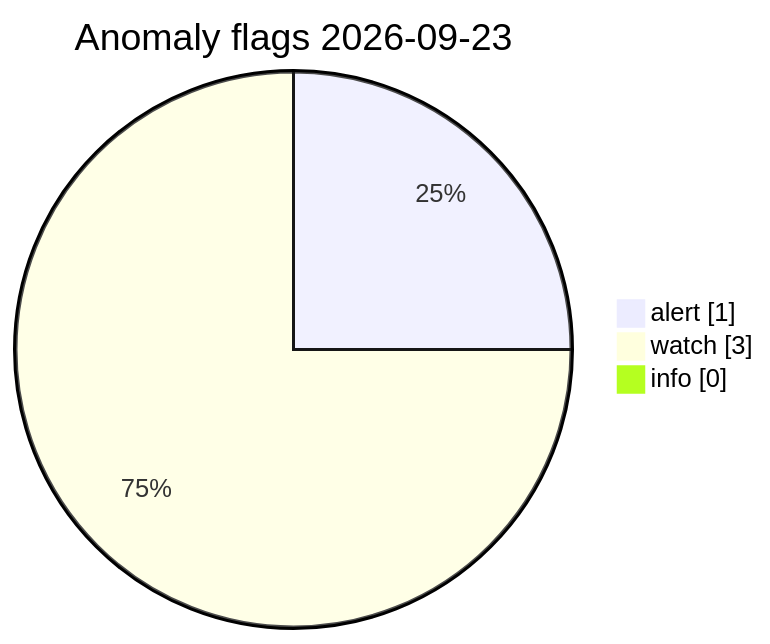
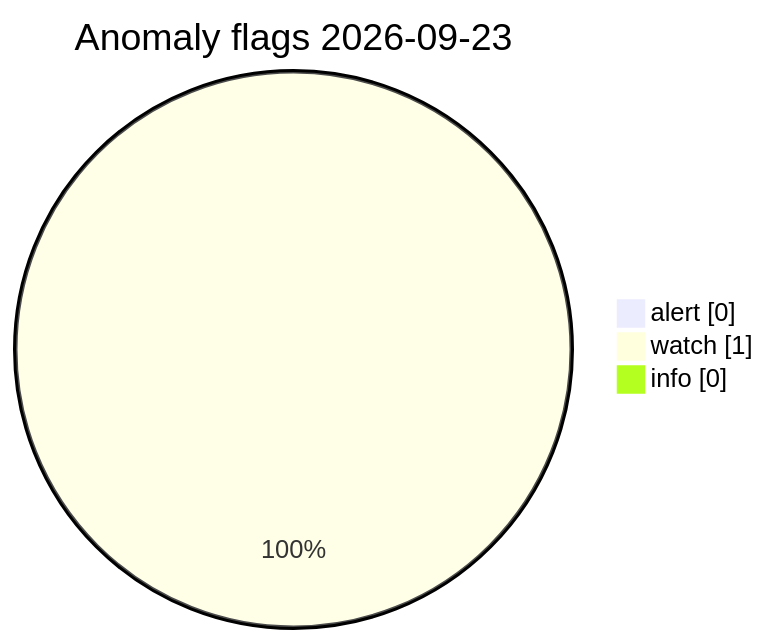
One commit to Midwest-Stratospheric/Unified-Open-Global-Weather changed the diagram in visuals/latest/CHARTS.md. Above: the diagram before and after it, drawn with Mermaid. The commit also changed other lines of this file and 13 other files, not shown here.

Commit message:
data(visuals): automated charts 2026-09-23T14:19Z

````diff
--- a/visuals/latest/CHARTS.md
+++ b/visuals/latest/CHARTS.md
@@ -73,7 +73,7 @@
 ```mermaid
 pie showData
   title Anomaly flags 2026-09-23
-  "alert" : 1
-  "watch" : 3
+  "alert" : 0
+  "watch" : 1
   "info" : 0
 ```
````
